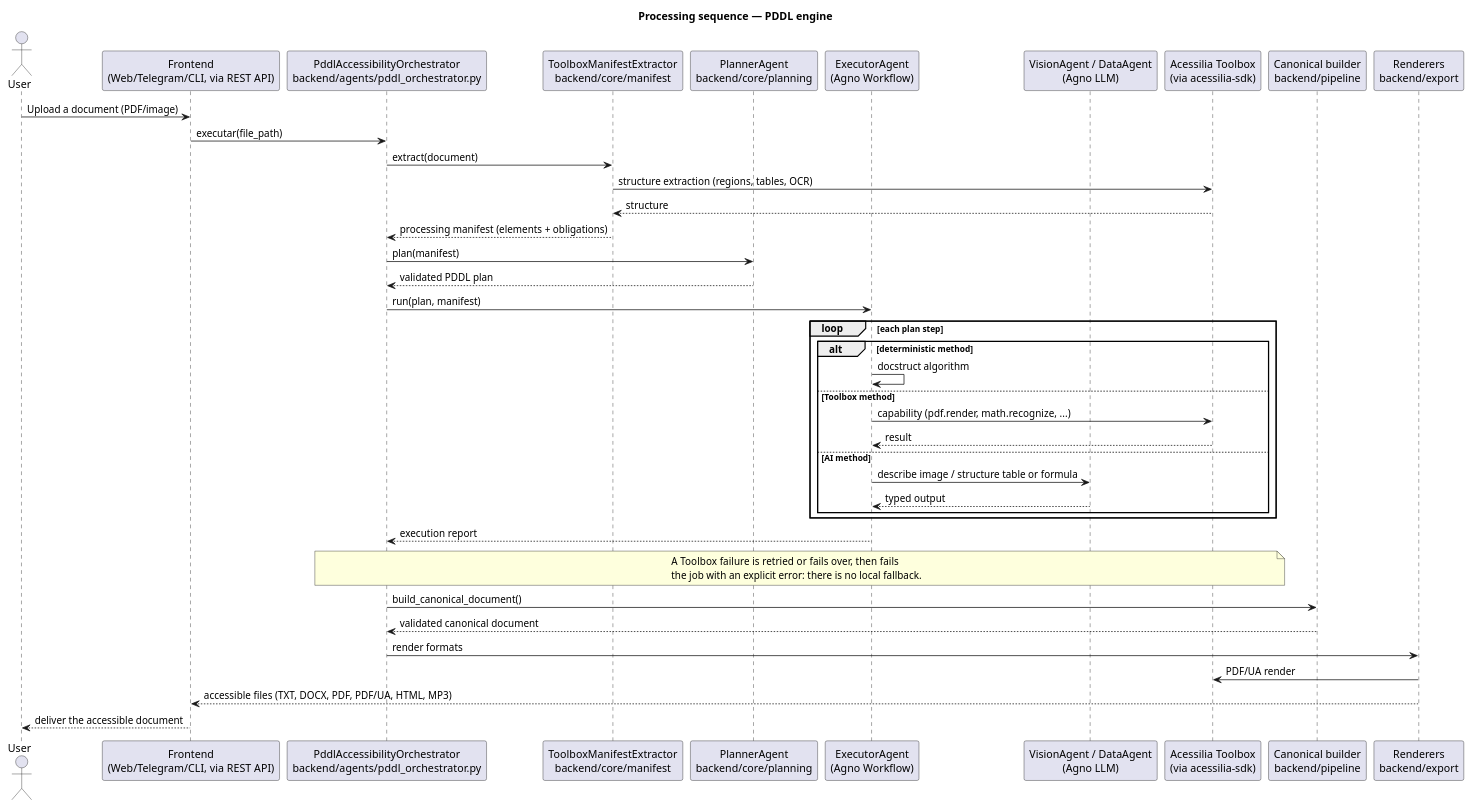
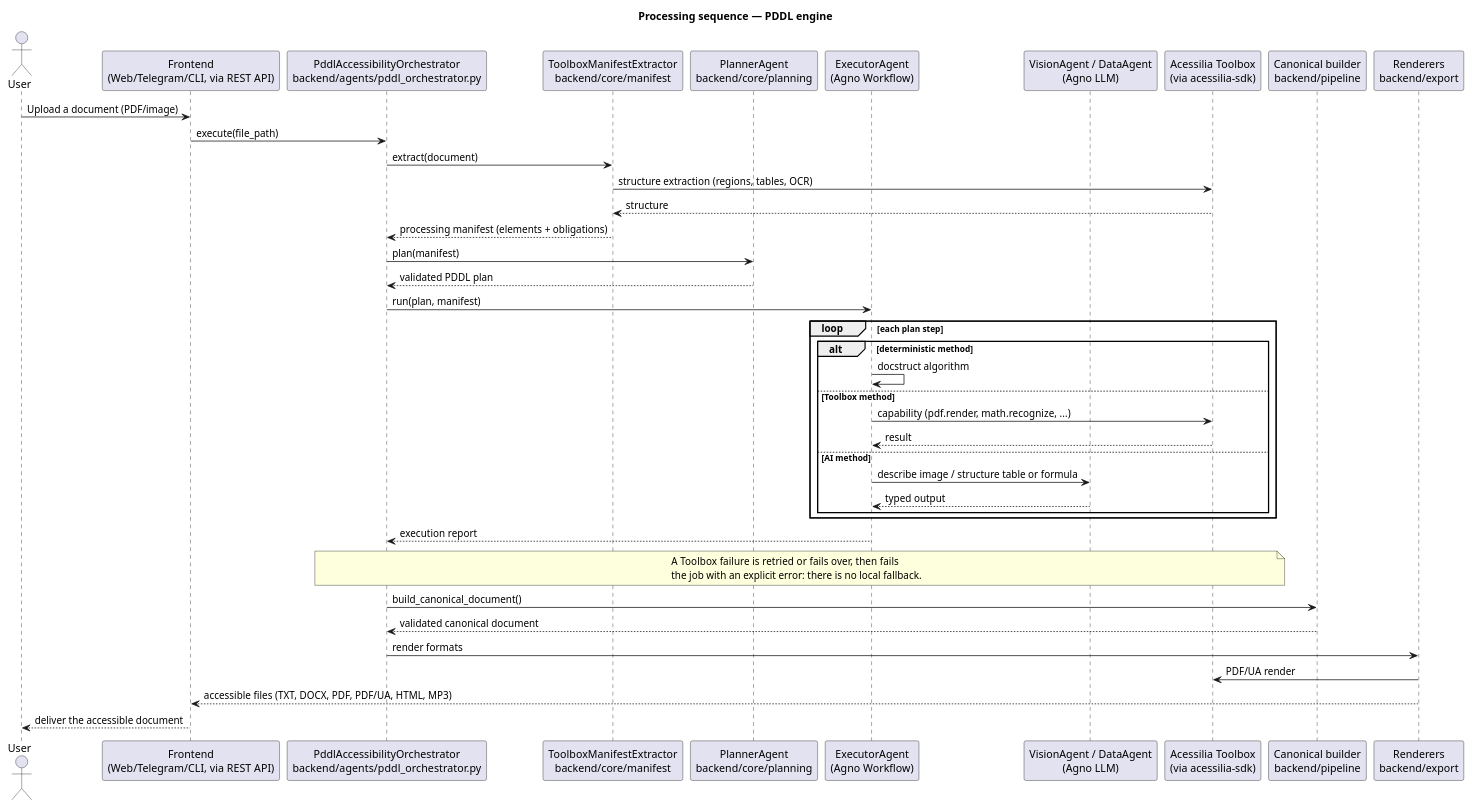
Before and after one commit to A11yDevs/acessilia: the diagram in docs/sequence/document_processing_sequence.puml, drawn with PlantUML.

Commit message:
docs(sequence): call the orchestrator's execute in the processing diagram
The rename to execute missed the PlantUML sequence diagram, which the
documentation indexes reference in both languages.

Part of #402.

```diff
--- a/docs/sequence/document_processing_sequence.puml
+++ b/docs/sequence/document_processing_sequence.puml
@@ -1,55 +1,55 @@
 @startuml document_processing_sequence
 skinparam shadowing false
 
 title Processing sequence — PDDL engine
 
 actor User
 participant "Frontend\n(Web/Telegram/CLI, via REST API)" as Front
 participant "PddlAccessibilityOrchestrator\nbackend/agents/pddl_orchestrator.py" as Orchestrator
 participant "ToolboxManifestExtractor\nbackend/core/manifest" as Manifest
 participant "PlannerAgent\nbackend/core/planning" as Planner
 participant "ExecutorAgent\n(Agno Workflow)" as Executor
 participant "VisionAgent / DataAgent\n(Agno LLM)" as Agents
 participant "Acessilia Toolbox\n(via acessilia-sdk)" as Toolbox
 participant "Canonical builder\nbackend/pipeline" as Builder
 participant "Renderers\nbackend/export" as Export
 
 User -> Front: Upload a document (PDF/image)
-Front -> Orchestrator: executar(file_path)
+Front -> Orchestrator: execute(file_path)
 
 Orchestrator -> Manifest: extract(document)
 Manifest -> Toolbox: structure extraction (regions, tables, OCR)
 Toolbox --> Manifest: structure
 Manifest --> Orchestrator: processing manifest (elements + obligations)
 
 Orchestrator -> Planner: plan(manifest)
 Planner --> Orchestrator: validated PDDL plan
 
 Orchestrator -> Executor: run(plan, manifest)
 loop each plan step
   alt deterministic method
     Executor -> Executor: docstruct algorithm
   else Toolbox method
     Executor -> Toolbox: capability (pdf.render, math.recognize, ...)
     Toolbox --> Executor: result
   else AI method
     Executor -> Agents: describe image / structure table or formula
     Agents --> Executor: typed output
   end
 end
 Executor --> Orchestrator: execution report
 
 note over Orchestrator, Toolbox
   A Toolbox failure is retried or fails over, then fails
   the job with an explicit error: there is no local fallback.
 end note
 
 Orchestrator -> Builder: build_canonical_document()
 Builder --> Orchestrator: validated canonical document
 
 Orchestrator -> Export: render formats
 Export -> Toolbox: PDF/UA render
 Export --> Front: accessible files (TXT, DOCX, PDF, PDF/UA, HTML, MP3)
 Front --> User: deliver the accessible document
 
 @enduml
```
